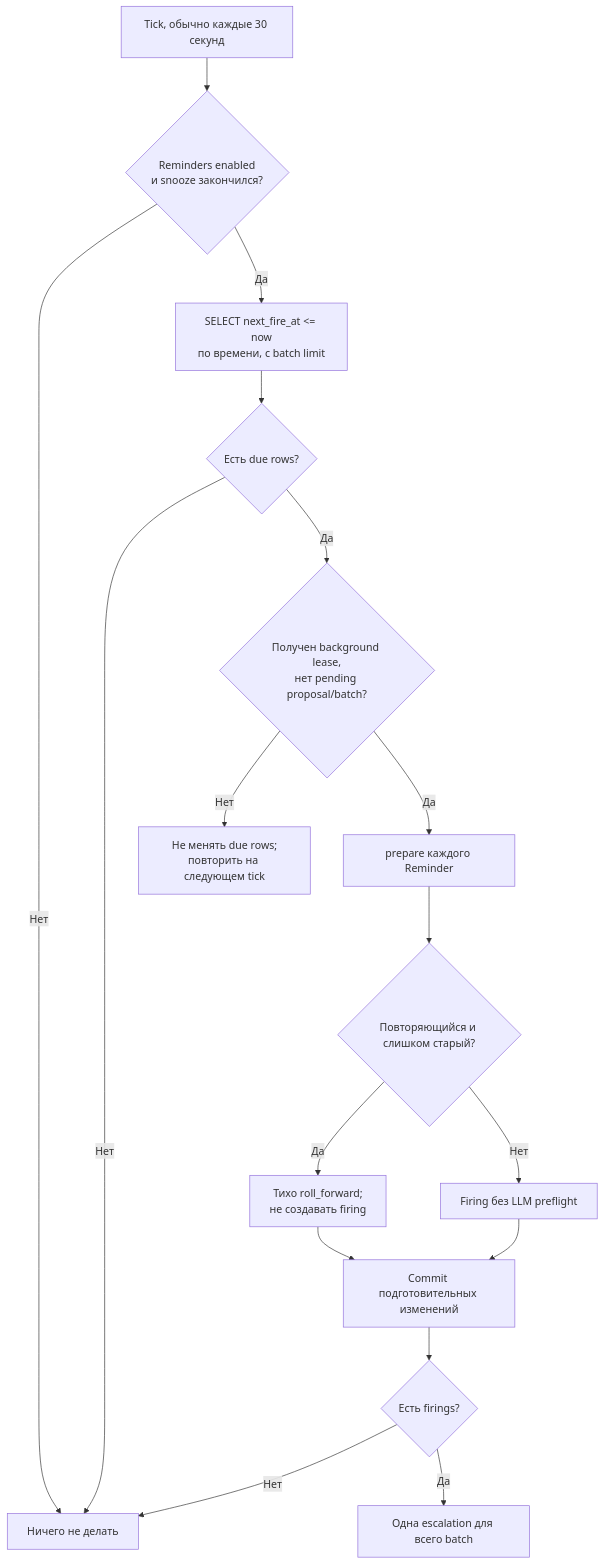
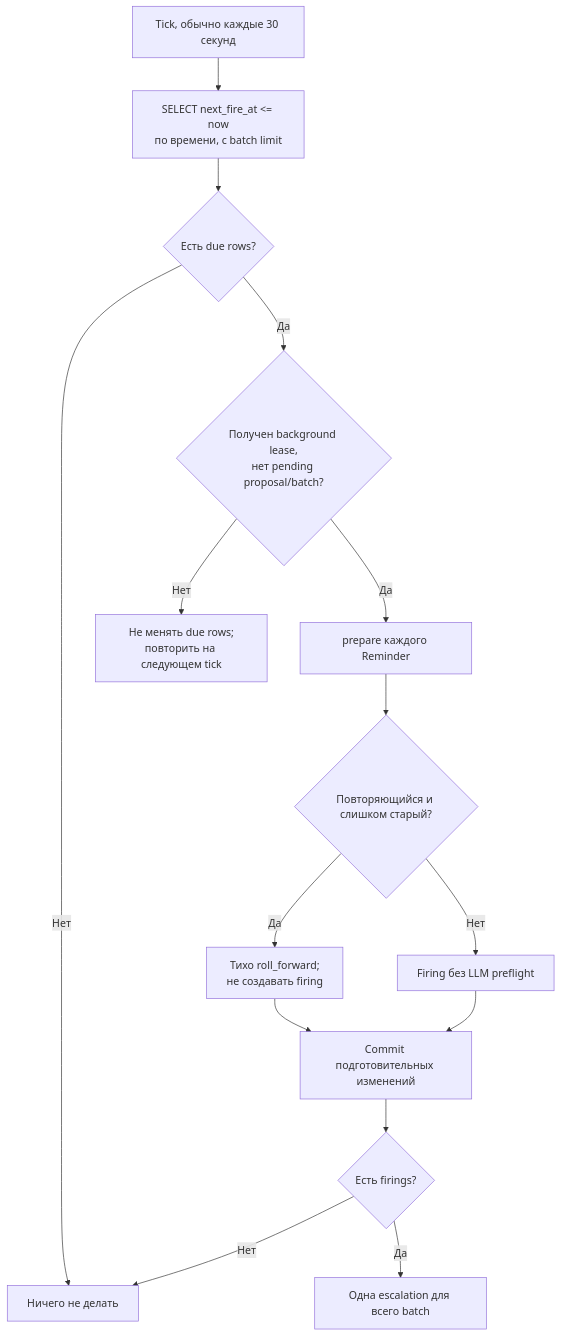
Before and after one commit to myvaheed/tg-ai-safwa: the second of 3 diagrams in docs/diagrams/05-reminders.md, drawn with Mermaid. The commit also changed other lines of this file and 28 other files, not shown here.

````diff
--- a/docs/diagrams/05-reminders.md
+++ b/docs/diagrams/05-reminders.md
@@ -52,20 +56,18 @@
 ```mermaid
 flowchart TD
-    T["Tick, обычно каждые 30 секунд"] --> PAUSE{"Reminders enabled<br/>и snooze закончился?"}
-    PAUSE -->|"Нет"| END["Ничего не делать"]
-    PAUSE -->|"Да"| DUE["SELECT next_fire_at <= now<br/>по времени, с batch limit"]
+    T["Tick, обычно каждые 30 секунд"] --> DUE["SELECT next_fire_at <= now<br/>по времени, с batch limit"]
     DUE --> EMPTY{"Есть due rows?"}
-    EMPTY -->|"Нет"| END
+    EMPTY -->|"Нет"| END["Ничего не делать"]
     EMPTY -->|"Да"| GATE{"Получен background lease,<br/>нет pending proposal/batch?"}
     GATE -->|"Нет"| RETRY["Не менять due rows;<br/>повторить на следующем tick"]
     GATE -->|"Да"| PREP["prepare каждого Reminder"]
 
     PREP --> STALE{"Повторяющийся и слишком старый?"}
     STALE -->|"Да"| ROLL["Тихо roll_forward;<br/>не создавать firing"]
     STALE -->|"Нет"| FIRE["Firing без LLM preflight"]
     ROLL --> COMMIT["Commit подготовительных изменений"]
     FIRE --> COMMIT
     COMMIT --> BATCH{"Есть firings?"}
     BATCH -->|"Нет"| END
     BATCH -->|"Да"| ESC["Одна escalation для всего batch"]
 ```
````
